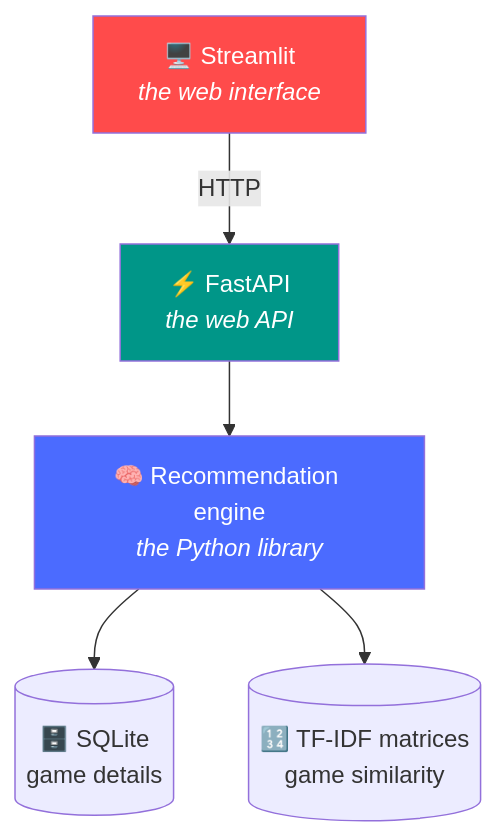
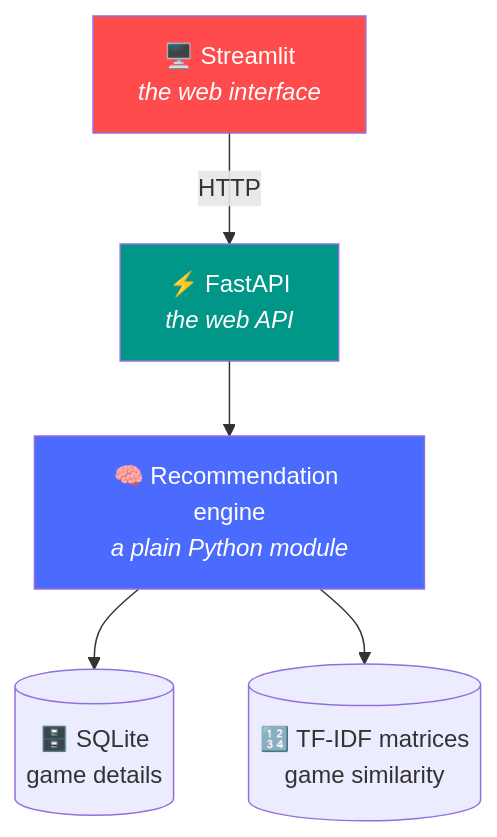
One commit to An1sh-R/steam-content-recommender-system changed the first of 2 diagrams in README.md. Above: the diagram before and after it, drawn with Mermaid. The commit also changed other lines of this file and 4 other files, not shown here.

````diff
--- a/README.md
+++ b/README.md
@@ -65,17 +102,17 @@
 ```mermaid
 graph TD
     UI["🖥️ Streamlit<br/><i>the web interface</i>"]
     API["⚡ FastAPI<br/><i>the web API</i>"]
-    ENG["🧠 Recommendation engine<br/><i>the Python library</i>"]
+    ENG["🧠 Recommendation engine<br/><i>a plain Python module</i>"]
     DB[("🗄️ SQLite<br/>game details")]
     NPZ[("🔢 TF-IDF matrices<br/>game similarity")]
 
     UI -->|HTTP| API
     API --> ENG
     ENG --> DB
     ENG --> NPZ
 
     style UI fill:#ff4b4b,color:#fff
     style API fill:#009688,color:#fff
     style ENG fill:#4b6bff,color:#fff
 ```
````
